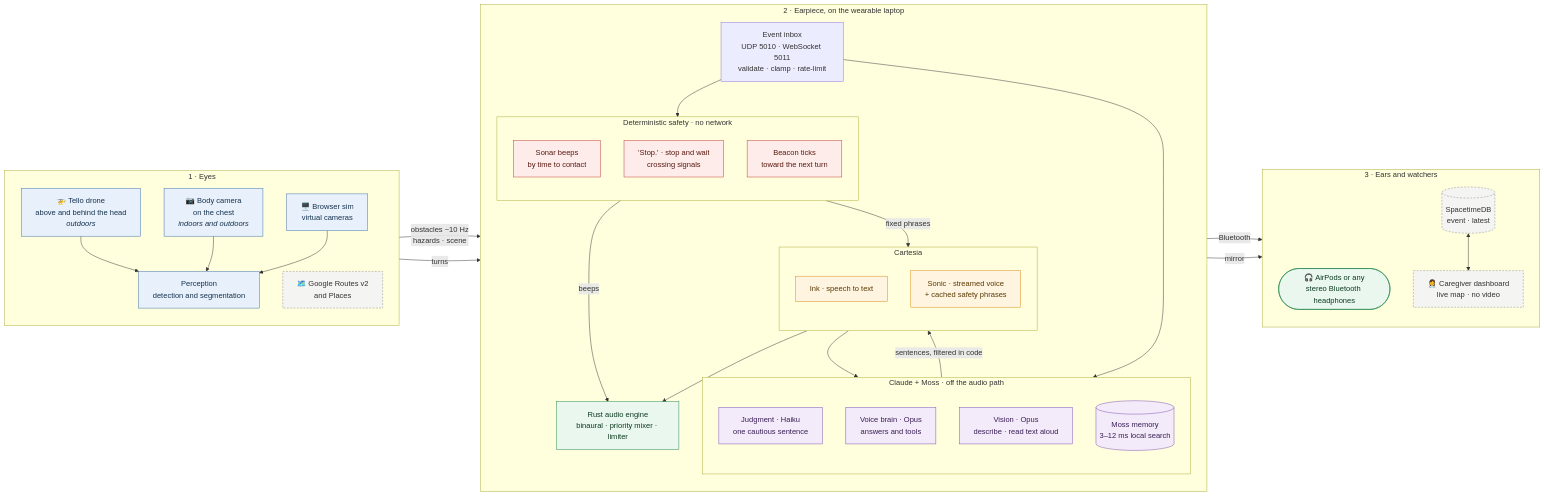
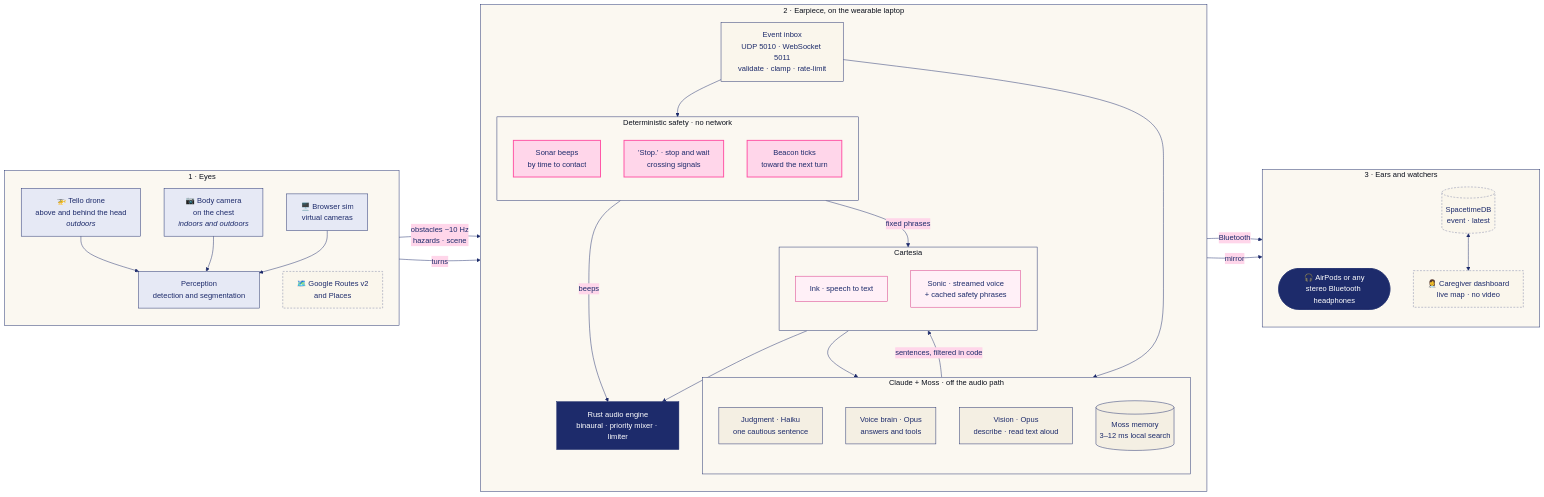
One commit to KingArthur207/kite changed the first of 5 diagrams in README.md. Above: the diagram before and after it, drawn with Mermaid. The commit also changed other lines of this file and 9 other files, not shown here.

````diff
--- a/README.md
+++ b/README.md
@@ -85,65 +85,66 @@
 ```mermaid
+%%{init: {'theme':'base','themeVariables':{'primaryColor':'#FAF6EC','primaryTextColor':'#1D2B6B','primaryBorderColor':'#1D2B6B','lineColor':'#1D2B6B','secondaryColor':'#FFD6EA','tertiaryColor':'#F4EFE3','clusterBkg':'#FBF8F1','clusterBorder':'#1D2B6B','edgeLabelBackground':'#FFD6EA','actorBkg':'#FAF6EC','actorBorder':'#1D2B6B','actorTextColor':'#1D2B6B','signalColor':'#1D2B6B','signalTextColor':'#1D2B6B','noteBkgColor':'#FFD6EA','noteBorderColor':'#FF4FA3','noteTextColor':'#1D2B6B','labelBoxBkgColor':'#FFD6EA','labelBoxBorderColor':'#FF4FA3','sequenceNumberColor':'#FFFFFF','activationBkgColor':'#FFD6EA'}}}%%
 flowchart LR
-  classDef eye fill:#E8F1FB,stroke:#3A6EA5,color:#16324F
-  classDef safe fill:#FDECEA,stroke:#C0392B,color:#5B1A12
-  classDef ai fill:#F3EBFA,stroke:#7D4CB0,color:#3A1F56
-  classDef voice fill:#FFF4E0,stroke:#D68910,color:#5A3A06
-  classDef out fill:#E9F7EF,stroke:#1E8449,color:#0E3B20
-  classDef ext fill:#F4F4F2,stroke:#8A8A85,color:#333,stroke-dasharray:4 3
+  classDef eye fill:#E6E9F5,stroke:#1D2B6B,color:#1D2B6B
+  classDef safe fill:#FFD6EA,stroke:#FF4FA3,color:#1D2B6B,stroke-width:2px
+  classDef ai fill:#F4EFE3,stroke:#1D2B6B,color:#1D2B6B
+  classDef voice fill:#FFF0F7,stroke:#D62F82,color:#1D2B6B
+  classDef out fill:#1D2B6B,stroke:#1D2B6B,color:#FFFFFF
+  classDef ext fill:#FAF6EC,stroke:#7D84A6,color:#1D2B6B,stroke-dasharray:4 3
 
   subgraph EYES["1 · Eyes"]
     direction TB
     drone["🚁 Tello drone<br/>above and behind the head<br/><i>outdoors</i>"]:::eye
     chest["📷 Body camera<br/>on the chest<br/><i>indoors and outdoors</i>"]:::eye
     simcam["🖥️ Browser sim<br/>virtual cameras"]:::eye
     perception["Perception<br/>detection and segmentation"]:::eye
     maps["🗺️ Google Routes v2<br/>and Places"]:::ext
     drone --> perception
     chest --> perception
     simcam --> perception
   end
 
   subgraph EAR["2 · Earpiece, on the wearable laptop"]
     direction TB
     inbox["Event inbox<br/>UDP 5010 · WebSocket 5011<br/>validate · clamp · rate-limit"]
     subgraph SAFETY["Deterministic safety · no network"]
       direction TB
       sonar["Sonar beeps<br/>by time to contact"]:::safe
       stop["'Stop.' · stop and wait<br/>crossing signals"]:::safe
       beacon["Beacon ticks<br/>toward the next turn"]:::safe
     end
     subgraph CLAUDE["Claude + Moss · off the audio path"]
       direction TB
       judgment["Judgment · Haiku<br/>one cautious sentence"]:::ai
       brain["Voice brain · Opus<br/>answers and tools"]:::ai
       vision["Vision · Opus<br/>describe · read text aloud"]:::ai
       moss[("Moss memory<br/>3–12 ms local search")]:::ai
     end
     subgraph VOICE["Cartesia"]
       direction TB
       stt["Ink · speech to text"]:::voice
       tts["Sonic · streamed voice<br/>+ cached safety phrases"]:::voice
     end
     mixer["Rust audio engine<br/>binaural · priority mixer · limiter"]:::out
     inbox --> SAFETY
     inbox --> CLAUDE
     stt --> CLAUDE
     SAFETY -- "beeps" --> mixer
     SAFETY -- "fixed phrases" --> tts
     CLAUDE -- "sentences, filtered in code" --> tts
     tts --> mixer
   end
 
   subgraph OUT["3 · Ears and watchers"]
     direction TB
     airpods(["🎧 AirPods or any<br/>stereo Bluetooth headphones"]):::out
     stdb[("SpacetimeDB<br/>event · latest")]:::ext
     dash["👩‍⚕️ Caregiver dashboard<br/>live map · no video"]:::ext
     stdb <--> dash
   end
 
   perception -- "obstacles ~10 Hz<br/>hazards · scene" --> inbox
   maps -- "turns" --> inbox
   mixer -- "Bluetooth" --> airpods
   inbox -- "mirror" --> stdb
 ```
````
